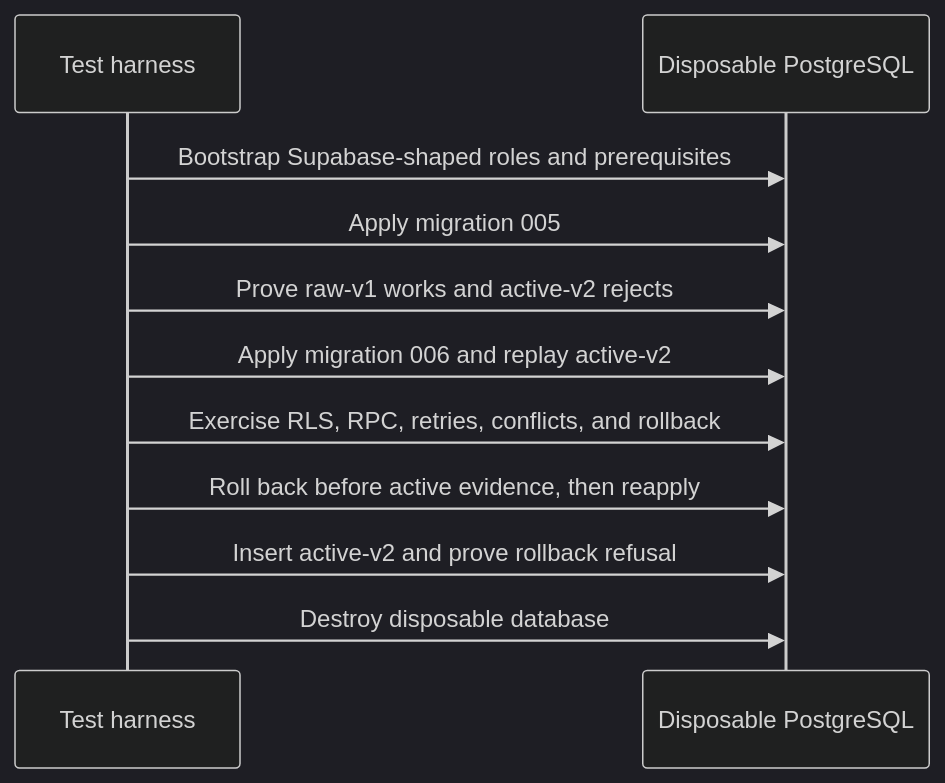
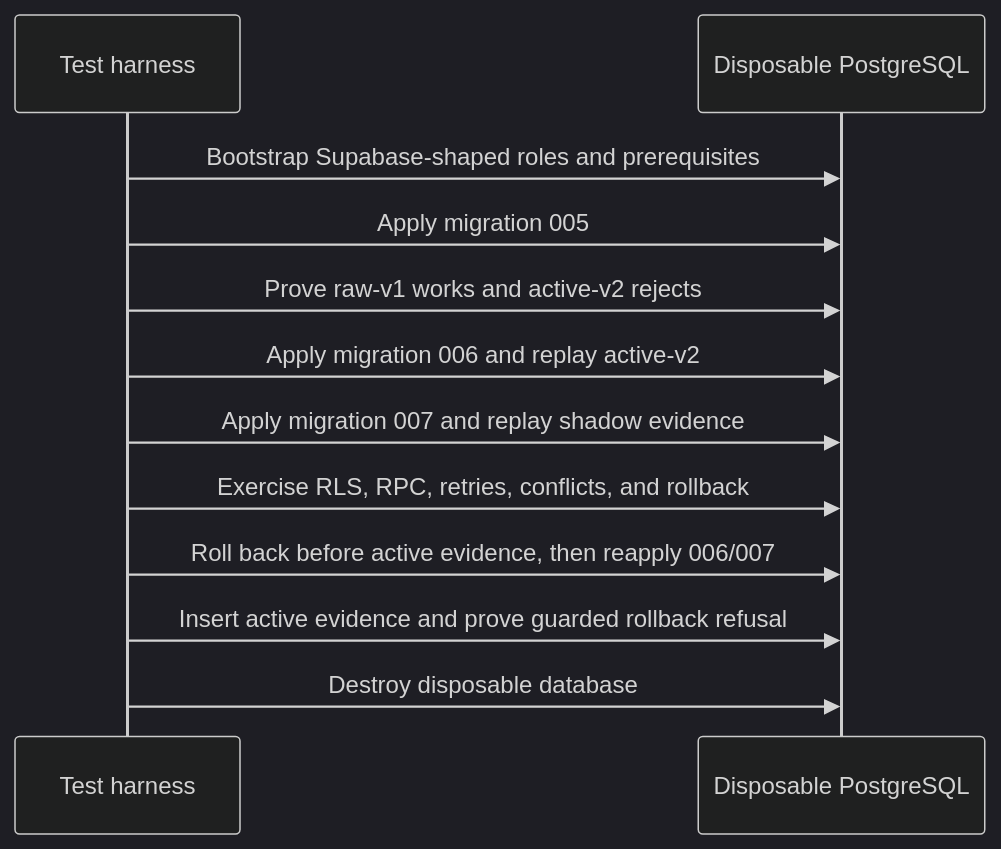
The fourth of 4 diagrams in docs/plans/2026-08-13-002-feat-shadow-handicap-operations-plan.md (SquirmyWormy275/STRATHMARK), drawn with Mermaid (dark theme) before and after one commit. The commit also changed other lines of this file and 41 other files, not shown here.

````diff
--- a/docs/plans/2026-08-13-002-feat-shadow-handicap-operations-plan.md
+++ b/docs/plans/2026-08-13-002-feat-shadow-handicap-operations-plan.md
@@ -533,13 +541,14 @@
 ```mermaid
 sequenceDiagram
     participant T as Test harness
     participant P as Disposable PostgreSQL
     T->>P: Bootstrap Supabase-shaped roles and prerequisites
     T->>P: Apply migration 005
     T->>P: Prove raw-v1 works and active-v2 rejects
     T->>P: Apply migration 006 and replay active-v2
+    T->>P: Apply migration 007 and replay shadow evidence
     T->>P: Exercise RLS, RPC, retries, conflicts, and rollback
-    T->>P: Roll back before active evidence, then reapply
-    T->>P: Insert active-v2 and prove rollback refusal
+    T->>P: Roll back before active evidence, then reapply 006/007
+    T->>P: Insert active evidence and prove guarded rollback refusal
     T->>P: Destroy disposable database
 ```
````
